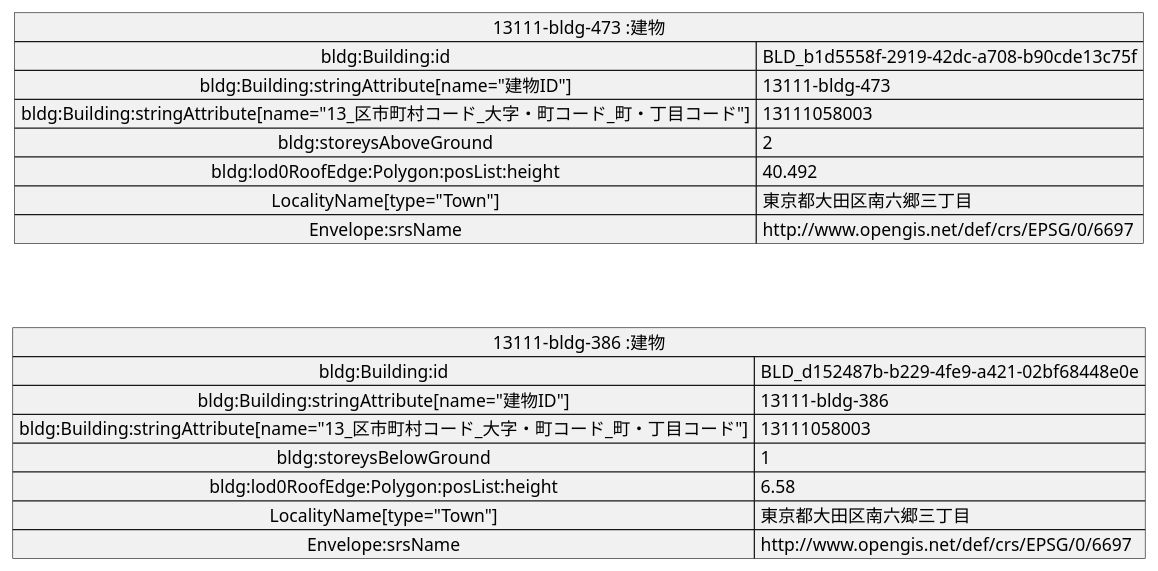
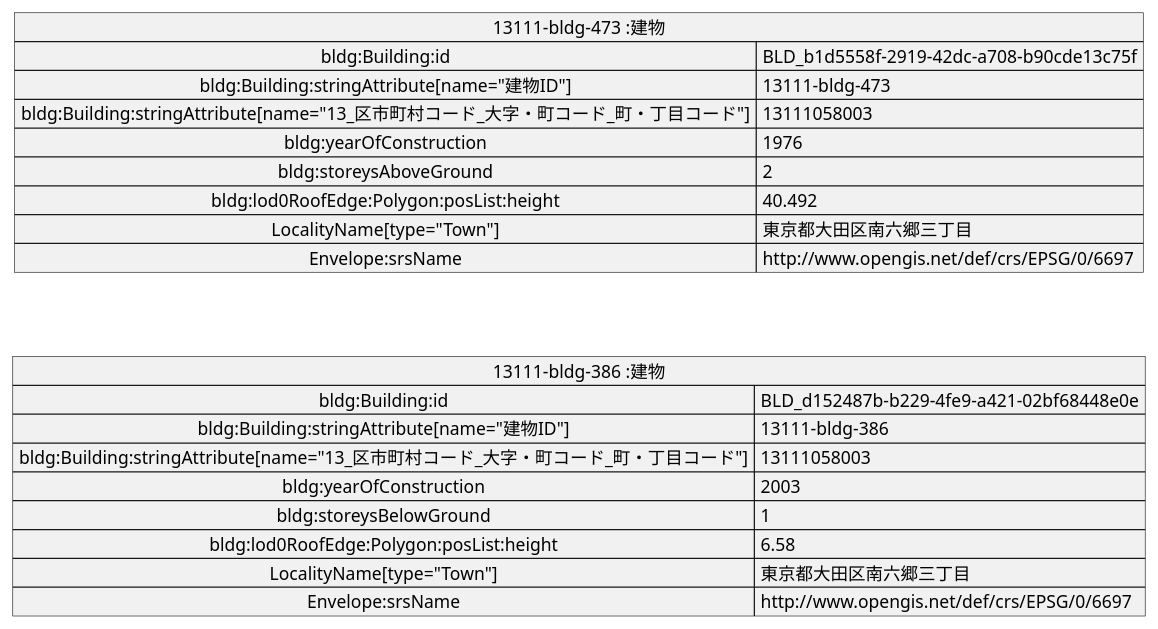
Before and after one commit to yuuhayashi/citygml-osm: the diagram in doc/building/sample-c/gml.pu, drawn with PlantUML. The commit also changed 22 other files, not shown here.

Commit message:
fix #31 建築年 bldg:yearOfConstruction

```diff
--- a/doc/building/sample-c/gml.pu
+++ b/doc/building/sample-c/gml.pu
@@ -1,21 +1,23 @@
 @startuml
 map "13111-bldg-473 :建物" as A {
  bldg:Building:id => BLD_b1d5558f-2919-42dc-a708-b90cde13c75f
  bldg:Building:stringAttribute[name="建物ID"] => 13111-bldg-473
  bldg:Building:stringAttribute[name="13_区市町村コード_大字・町コード_町・丁目コード"] => 13111058003
+ bldg:yearOfConstruction => 1976
  bldg:storeysAboveGround => 2
  bldg:lod0RoofEdge:Polygon:posList:height => 40.492
  LocalityName[type="Town"] => 東京都大田区南六郷三丁目
  Envelope:srsName => http://www.opengis.net/def/crs/EPSG/0/6697
 }
 map "13111-bldg-386 :建物" as B {
  bldg:Building:id => BLD_d152487b-b229-4fe9-a421-02bf68448e0e
  bldg:Building:stringAttribute[name="建物ID"] => 13111-bldg-386
  bldg:Building:stringAttribute[name="13_区市町村コード_大字・町コード_町・丁目コード"] => 13111058003
+ bldg:yearOfConstruction => 2003
  bldg:storeysBelowGround => 1
  bldg:lod0RoofEdge:Polygon:posList:height => 6.58
  LocalityName[type="Town"] => 東京都大田区南六郷三丁目
  Envelope:srsName => http://www.opengis.net/def/crs/EPSG/0/6697
 }
 A -[hidden]- B
 @enduml
```
